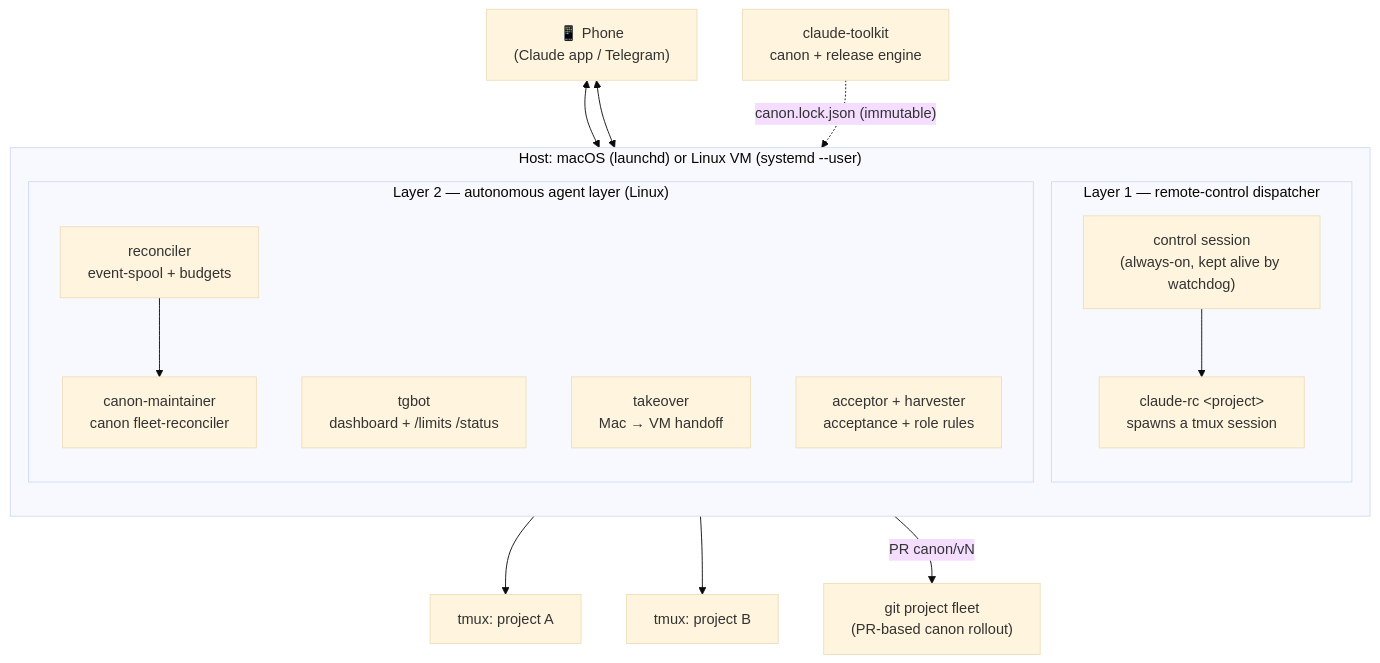
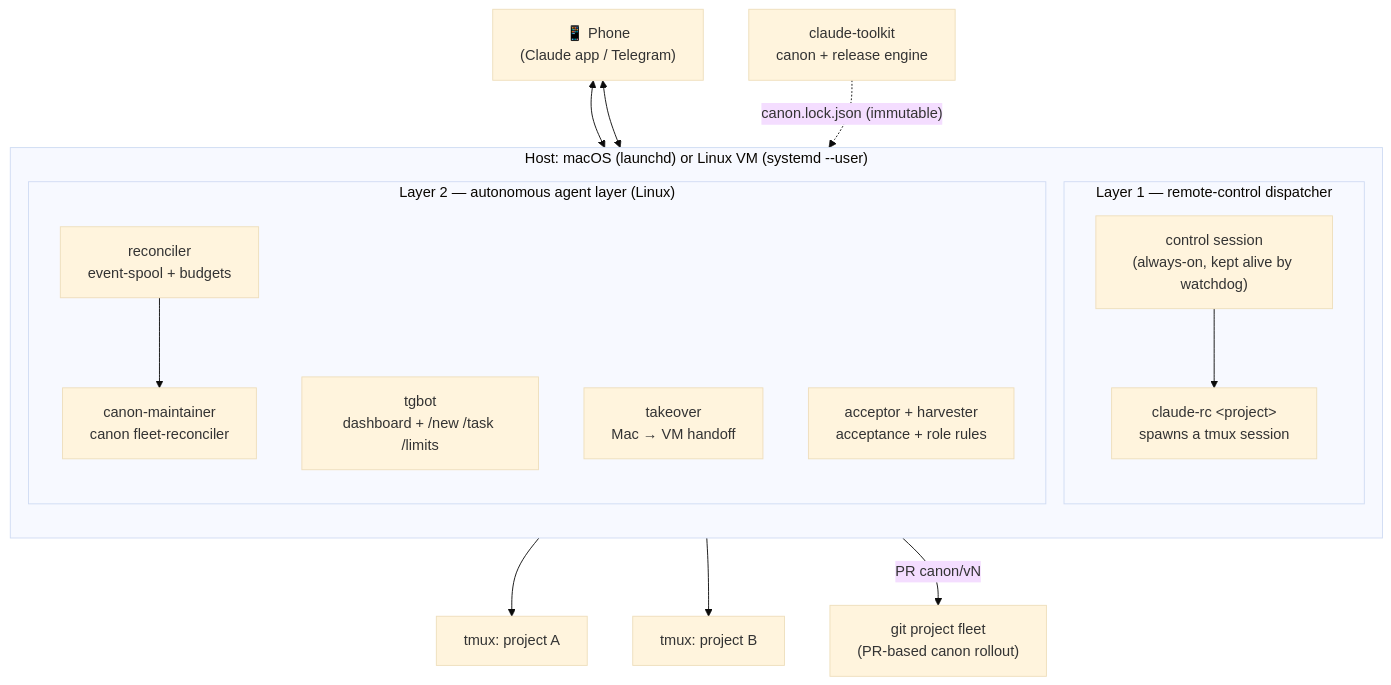
The diagram in README.en.md (dewil/claude-control), drawn with Mermaid (base theme) before and after one commit. The commit also changed other lines of this file and 2 other files, not shown here.

First line of the commit message:
docs: довести README (ru/en) и architecture.md до состояния V2.10

````diff
--- a/README.en.md
+++ b/README.en.md
@@ -21,31 +21,31 @@
 ```mermaid
 flowchart TB
     phone["📱 Phone<br/>(Claude app / Telegram)"]
 
     subgraph host["Host: macOS (launchd) or Linux VM (systemd --user)"]
       direction TB
       subgraph L1["Layer 1 — remote-control dispatcher"]
         control["control session<br/>(always-on, kept alive by watchdog)"]
         rc["claude-rc &lt;project&gt;<br/>spawns a tmux session"]
         control --> rc
       end
       subgraph L2["Layer 2 — autonomous agent layer (Linux)"]
         recon["reconciler<br/>event-spool + budgets"]
-        tgbot["tgbot<br/>dashboard + /limits /status"]
+        tgbot["tgbot<br/>dashboard + /new /task /limits"]
         canon["canon-maintainer<br/>canon fleet-reconciler"]
         takeover["takeover<br/>Mac → VM handoff"]
         harvest["acceptor + harvester<br/>acceptance + role rules"]
       end
     end
 
     toolkit["claude-toolkit<br/>canon + release engine"]
     fleet["git project fleet<br/>(PR-based canon rollout)"]
 
     phone <--> control
     phone <--> tgbot
     rc --> projA["tmux: project A"]
     rc --> projB["tmux: project B"]
     toolkit -. "canon.lock.json (immutable)" .-> canon
     canon -- "PR canon/vN" --> fleet
     recon --> canon
 ```
````
